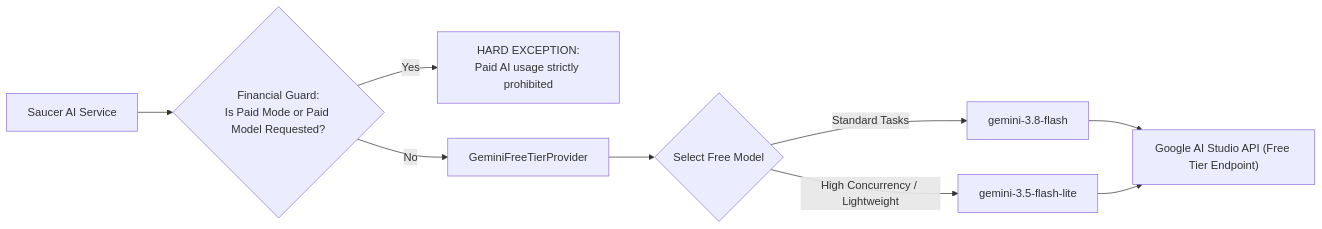
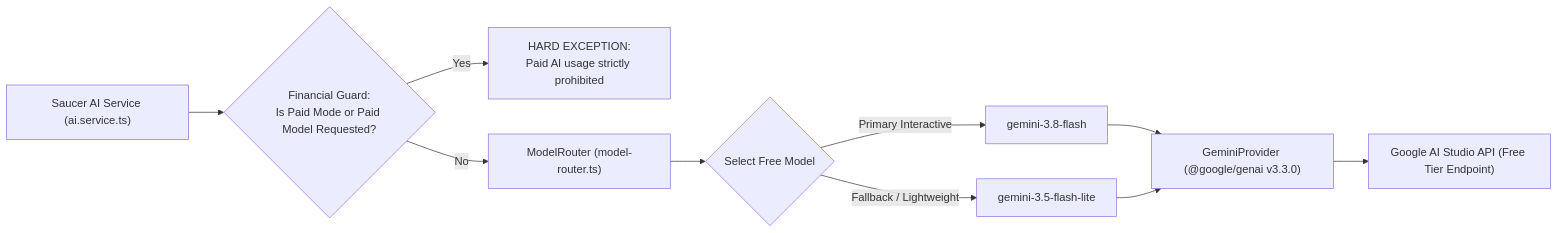
Before and after one commit to asif2906/Saucer: the diagram in AI_PROVIDER_ARCHITECTURE.md, drawn with Mermaid. The commit also changed other lines of this file and 30 other files, not shown here.

Commit message:
feat(ai): implement Gemini free-tier engine, credit ledger, and quota controller

````diff
--- a/AI_PROVIDER_ARCHITECTURE.md
+++ b/AI_PROVIDER_ARCHITECTURE.md
@@ -9,11 +9,12 @@
 ```mermaid
 flowchart LR
-    Caller["Saucer AI Service"] --> GuardCheck{"Financial Guard:<br/>Is Paid Mode or Paid Model Requested?"}
+    Caller["Saucer AI Service (ai.service.ts)"] --> GuardCheck{"Financial Guard:<br/>Is Paid Mode or Paid Model Requested?"}
     GuardCheck -- Yes --> HardError["HARD EXCEPTION:<br/>Paid AI usage strictly prohibited"]
-    GuardCheck -- No --> Provider["GeminiFreeTierProvider"]
-    Provider --> ModelSelector{"Select Free Model"}
-    ModelSelector -->|"Standard Tasks"| Flash["gemini-3.8-flash"]
-    ModelSelector -->|"High Concurrency / Lightweight"| FlashLite["gemini-3.5-flash-lite"]
-    Flash --> GoogleAPI["Google AI Studio API (Free Tier Endpoint)"]
-    FlashLite --> GoogleAPI
+    GuardCheck -- No --> Router["ModelRouter (model-router.ts)"]
+    Router --> ModelSelector{"Select Free Model"}
+    ModelSelector -->|"Primary Interactive"| Flash["gemini-3.8-flash"]
+    ModelSelector -->|"Fallback / Lightweight"| FlashLite["gemini-3.5-flash-lite"]
+    Flash --> Provider["GeminiProvider (@google/genai v3.3.0)"]
+    FlashLite --> Provider
+    Provider --> GoogleAPI["Google AI Studio API (Free Tier Endpoint)"]
 ```
````
